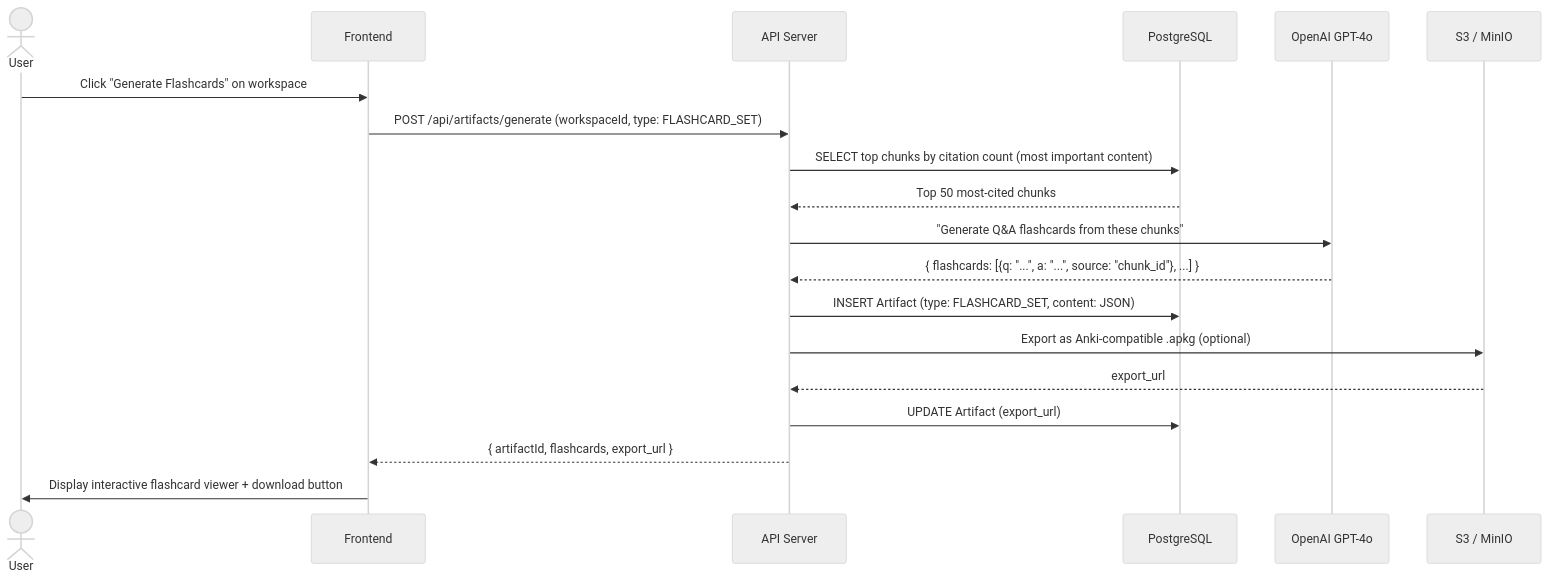
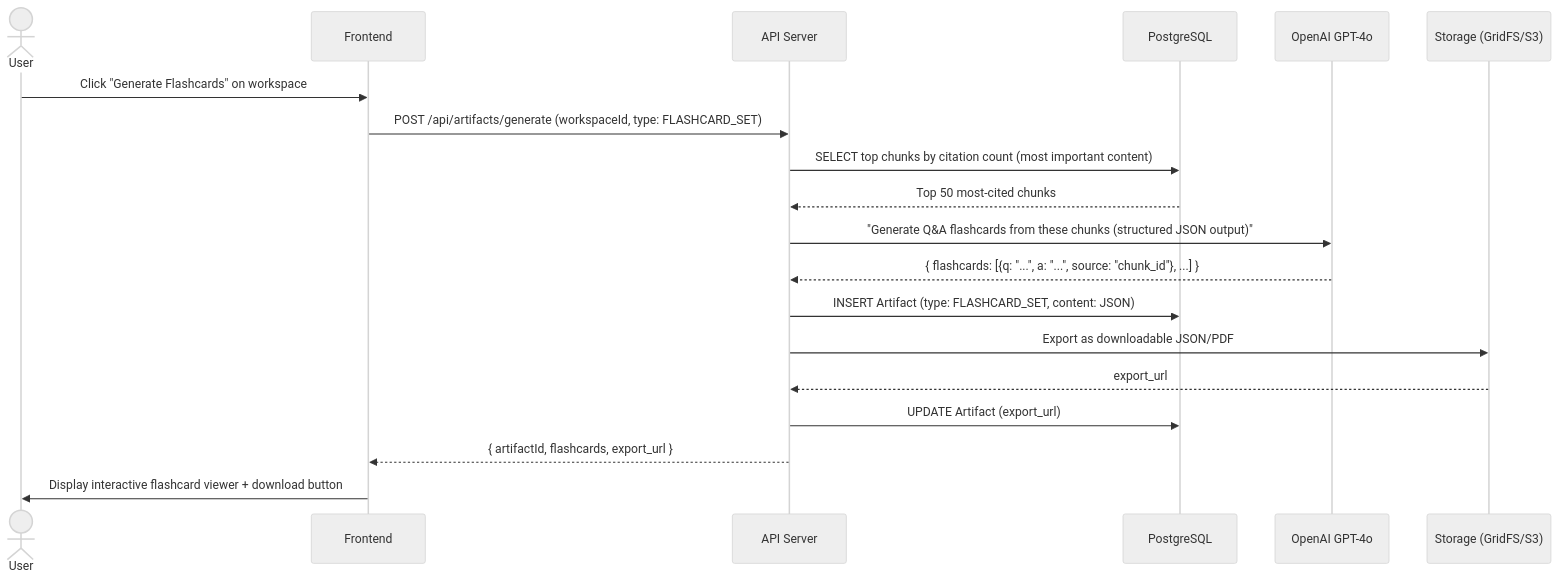
The seventh of 8 diagrams in sequenceDiagram.md (VIDHITTS/OmniScript), drawn with Mermaid (neutral theme) before and after one commit. The commit also changed other lines of this file and 7 other files, not shown here.

````diff
--- a/sequenceDiagram.md
+++ b/sequenceDiagram.md
@@ -178,24 +276,24 @@
 ```mermaid
 sequenceDiagram
     actor User
     participant Frontend as Frontend
     participant Backend as API Server
     participant DB as PostgreSQL
     participant LLM as OpenAI GPT-4o
-    participant S3 as S3 / MinIO
+    participant Storage as Storage (GridFS/S3)
 
     User->>Frontend: Click "Generate Flashcards" on workspace
     Frontend->>Backend: POST /api/artifacts/generate (workspaceId, type: FLASHCARD_SET)
     Backend->>DB: SELECT top chunks by citation count (most important content)
     DB-->>Backend: Top 50 most-cited chunks
 
-    Backend->>LLM: "Generate Q&A flashcards from these chunks"
+    Backend->>LLM: "Generate Q&A flashcards from these chunks (structured JSON output)"
     LLM-->>Backend: { flashcards: [{q: "...", a: "...", source: "chunk_id"}, ...] }
 
     Backend->>DB: INSERT Artifact (type: FLASHCARD_SET, content: JSON)
-    Backend->>S3: Export as Anki-compatible .apkg (optional)
-    S3-->>Backend: export_url
+    Backend->>Storage: Export as downloadable JSON/PDF
+    Storage-->>Backend: export_url
     Backend->>DB: UPDATE Artifact (export_url)
     Backend-->>Frontend: { artifactId, flashcards, export_url }
     Frontend->>User: Display interactive flashcard viewer + download button
 ```
````
